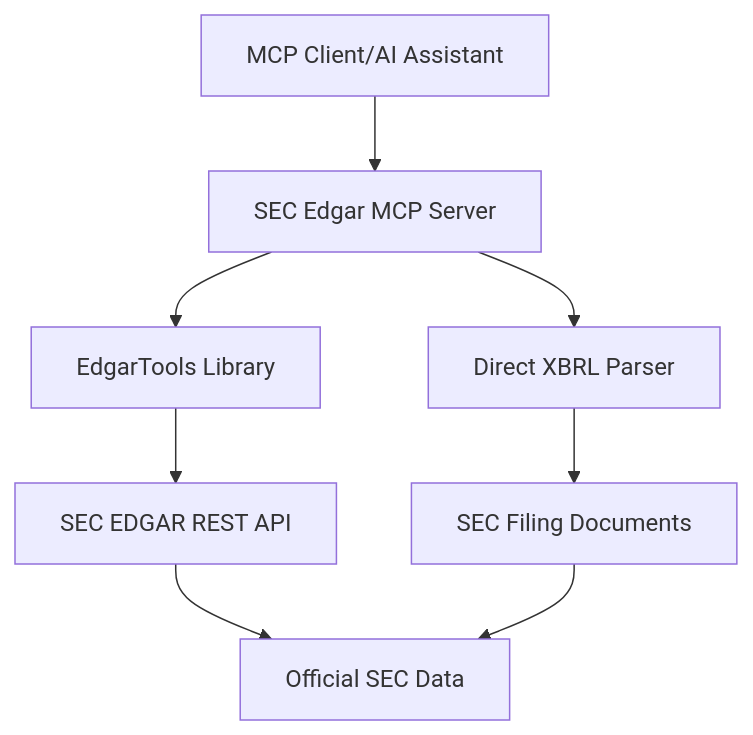
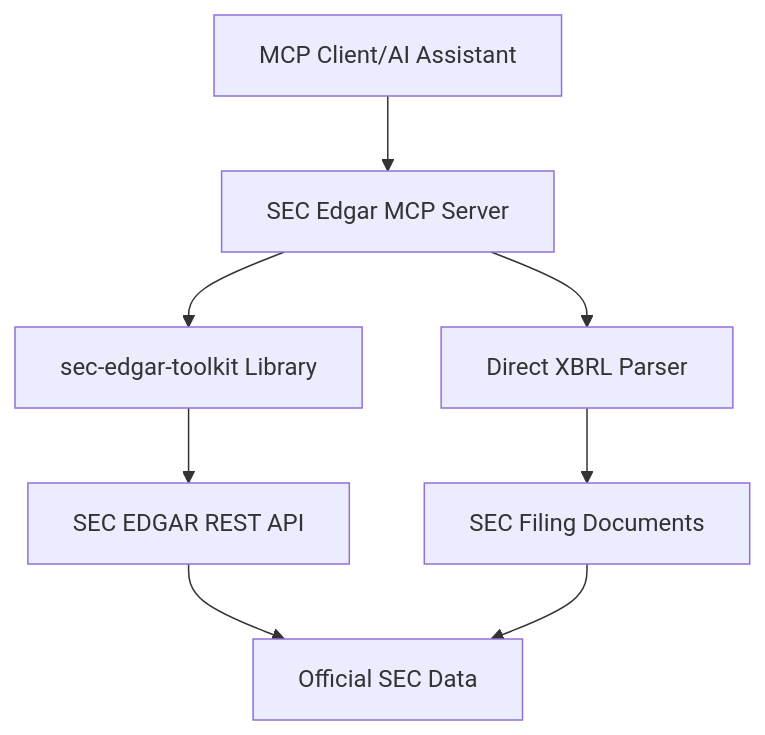
The diagram in docs/introduction.mdx (stefanoamorelli/sec-edgar-mcp), drawn with Mermaid before and after one commit. The commit also changed other lines of this file and 7 other files, not shown here.

First line of the commit message:
docs: point dependency references at sec-edgar-toolkit

````diff
--- a/docs/introduction.mdx
+++ b/docs/introduction.mdx
@@ -65,10 +65,10 @@
 ```mermaid
 graph TD
     A[MCP Client/AI Assistant] --> B[SEC Edgar MCP Server]
-    B --> C[EdgarTools Library]
+    B --> C[sec-edgar-toolkit Library]
     B --> D[Direct XBRL Parser]
     C --> E[SEC EDGAR REST API]
     D --> F[SEC Filing Documents]
     E --> G[Official SEC Data]
     F --> G
 ```
````
